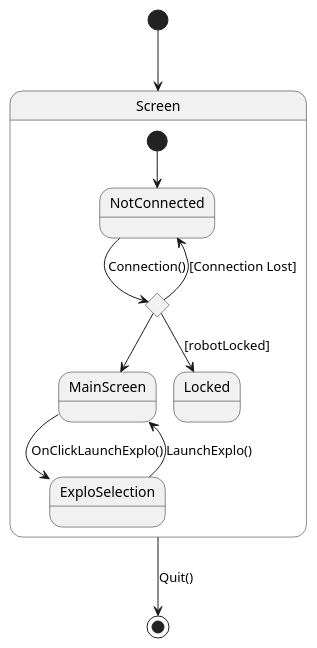
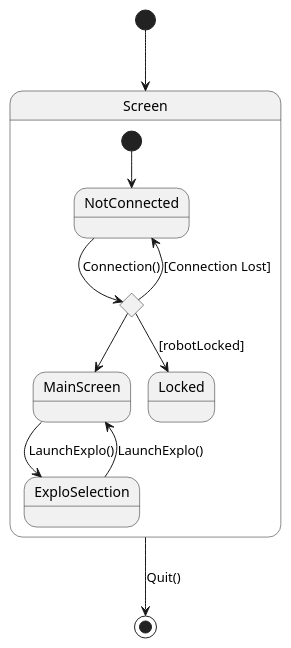
One commit to Larson-09/PATO_Project changed the diagram in Diagrammes UML/3.1.3 - Les écrans/3.1.3 - Diagramme IHM - EN.puml. Above: the diagram before and after it, drawn with PlantUML.

Commit message:
Diagramme IHM V1 FR/EN

```diff
--- a/Diagrammes UML/3.1.3 - Les écrans/3.1.3 - Diagramme IHM - EN.puml
+++ b/Diagrammes UML/3.1.3 - Les écrans/3.1.3 - Diagramme IHM - EN.puml
@@ -1,23 +1,23 @@
 @startuml
 [*] --> Screen
 state Screen {
     state "NotConnected" as NotConnected
     state "MainScreen" as MainScreen
     state "Locked" as Locked
     state "ExploSelection" as ExploSelection
 
     state c <<choice>>
 
     [*] --> NotConnected
     NotConnected -> c : Connection()
 
     c --> NotConnected : [Connection Lost]
     c --> MainScreen
     c --> Locked : [robotLocked]
-    MainScreen --> ExploSelection : OnClickLaunchExplo()
+    MainScreen --> ExploSelection : LaunchExplo()
     ExploSelection --> MainScreen : LaunchExplo()
 }
 
 Screen --> [*] : Quit()
 
 @enduml
```
